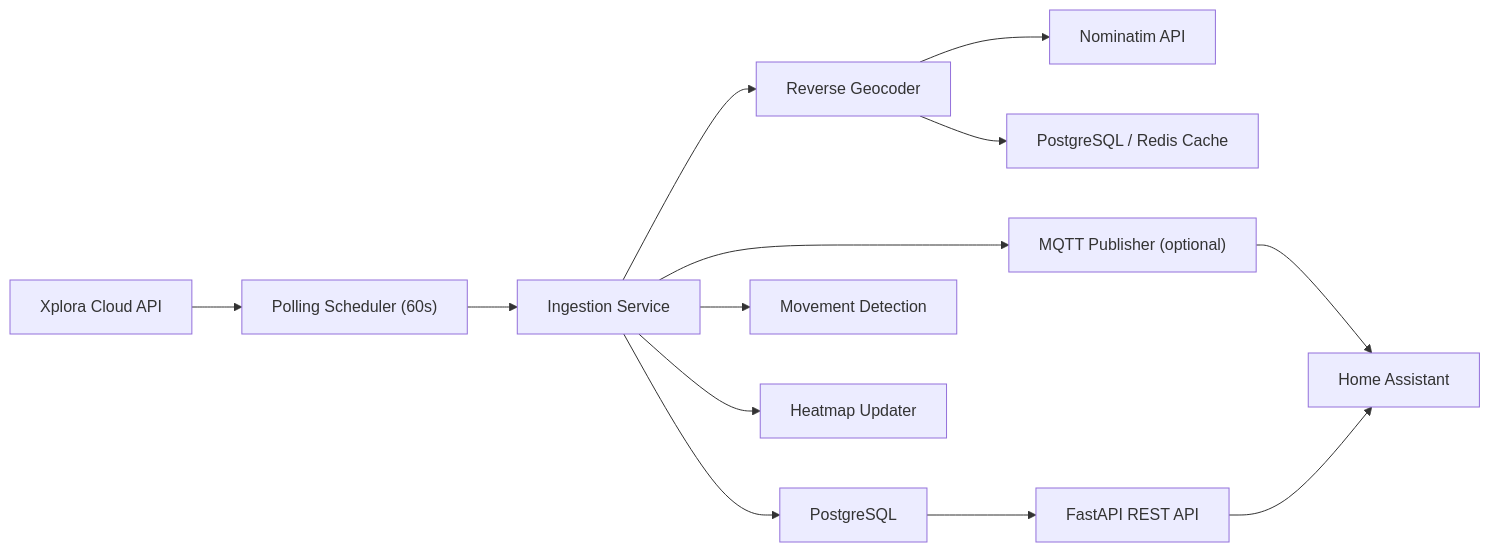
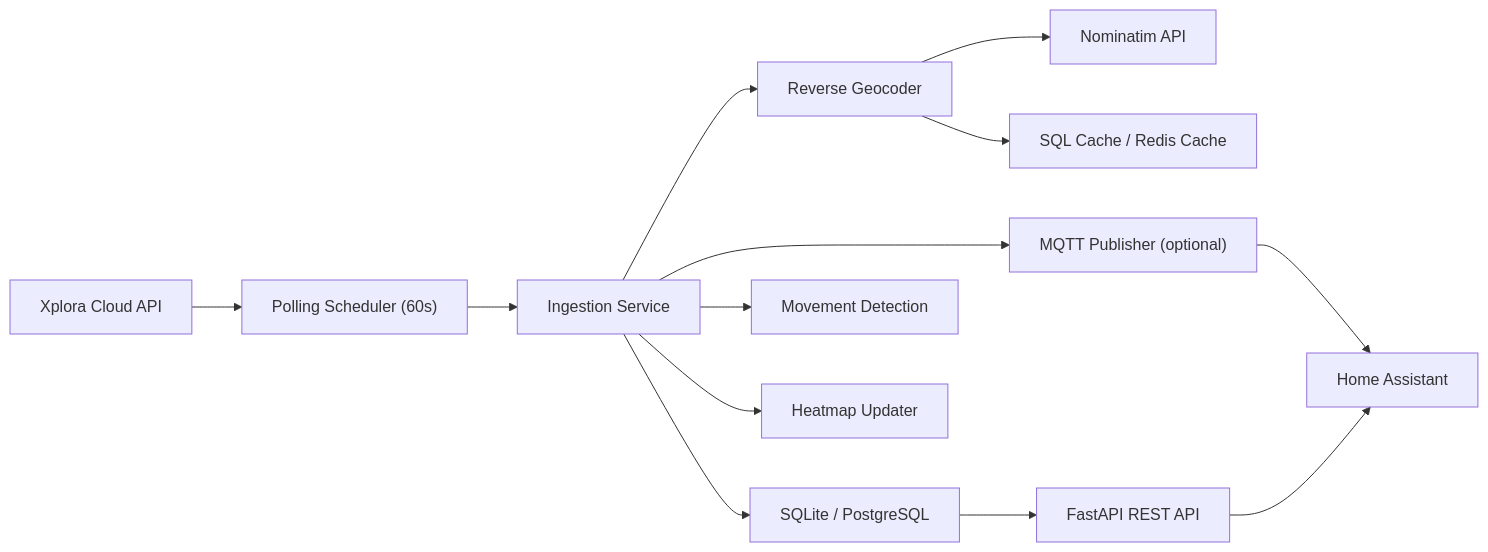
The diagram in README.md (Feberdin/xplora-gps-recorder), drawn with Mermaid before and after one commit. The commit also changed other lines of this file and 25 other files, not shown here.

````diff
--- a/README.md
+++ b/README.md
@@ -36,15 +36,15 @@
 ```mermaid
 flowchart LR
     X["Xplora Cloud API"] --> P["Polling Scheduler (60s)"]
     P --> I["Ingestion Service"]
-    I --> DB["PostgreSQL"]
+    I --> DB["SQLite / PostgreSQL"]
     I --> G["Reverse Geocoder"]
     G --> N["Nominatim API"]
-    G --> C["PostgreSQL / Redis Cache"]
+    G --> C["SQL Cache / Redis Cache"]
     I --> M["Movement Detection"]
     I --> H["Heatmap Updater"]
     I --> Q["MQTT Publisher (optional)"]
     DB --> API["FastAPI REST API"]
     Q --> HA["Home Assistant"]
     API --> HA
 ```
````
